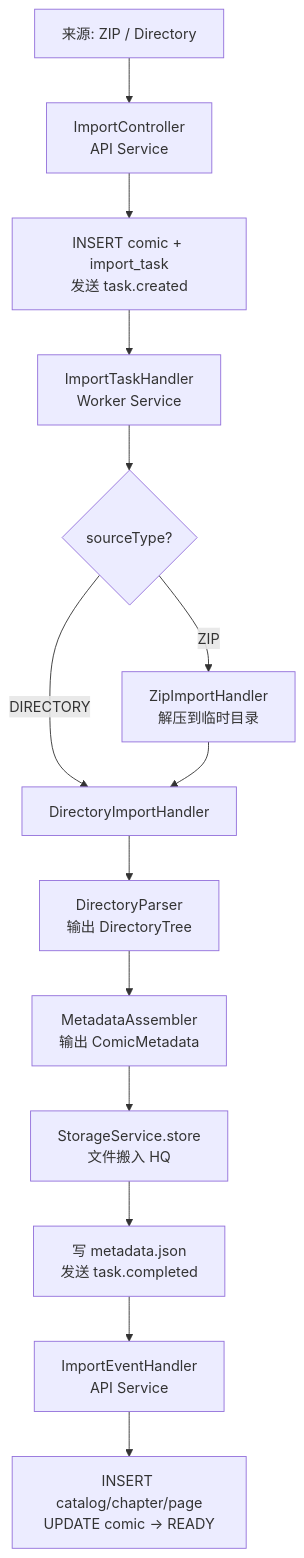
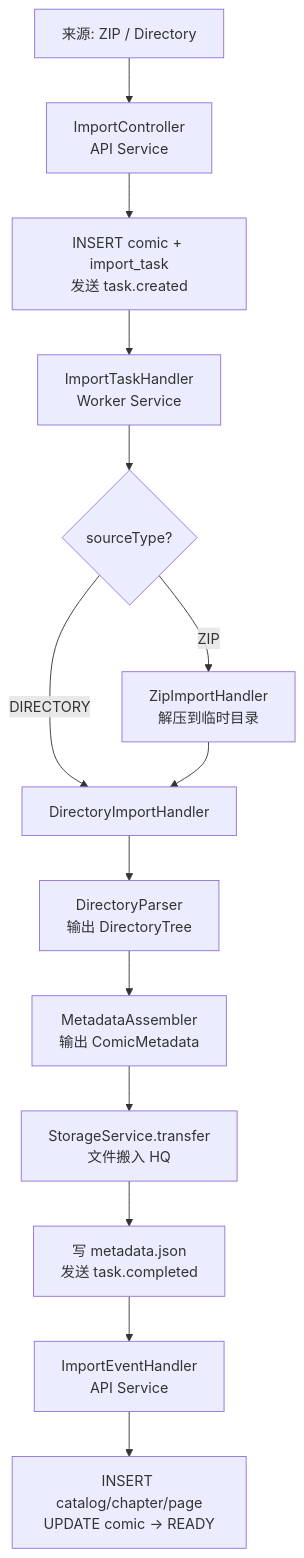
Before and after one commit to nian0122/ComicAtlas: the diagram in docs/architecture/01-system-overview.md, drawn with Mermaid. The commit also changed other lines of this file and 4 other files, not shown here.

Commit message:
整理 architecture 文档：旧包路径更新为 importer/media/storage，ADR 仅同步交叉引用

````diff
--- a/docs/architecture/01-system-overview.md
+++ b/docs/architecture/01-system-overview.md
@@ -111,16 +111,16 @@
 ```mermaid
 flowchart TD
     A[来源: ZIP / Directory] --> B[ImportController<br/>API Service]
     B --> C["INSERT comic + import_task<br/>发送 task.created"]
     C --> D[ImportTaskHandler<br/>Worker Service]
     D --> E{sourceType?}
     E -->|ZIP| F[ZipImportHandler<br/>解压到临时目录]
     E -->|DIRECTORY| G[DirectoryImportHandler]
     F --> G
     G --> H[DirectoryParser<br/>输出 DirectoryTree]
     H --> I[MetadataAssembler<br/>输出 ComicMetadata]
-    I --> J["StorageService.store<br/>文件搬入 HQ"]
+    I --> J["StorageService.transfer<br/>文件搬入 HQ"]
     J --> K["写 metadata.json<br/>发送 task.completed"]
     K --> L[ImportEventHandler<br/>API Service]
     L --> M["INSERT catalog/chapter/page<br/>UPDATE comic → READY"]
 ```
````
